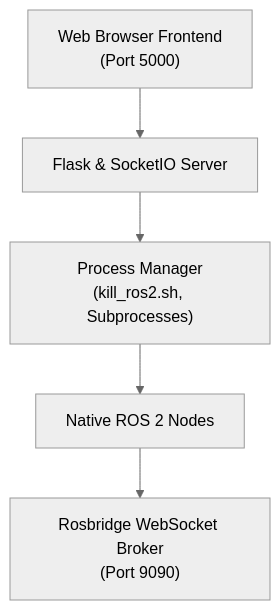
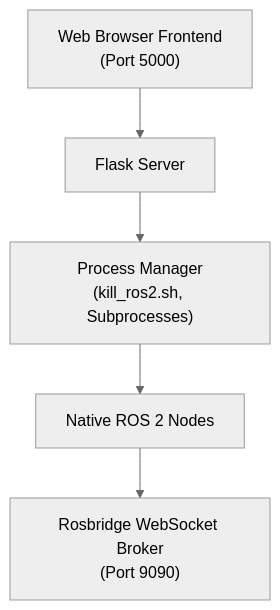
Before and after one commit to lu4k87/my_xarm_lite6-extended: the ninth of 9 diagrams in README.md, drawn with Mermaid (neutral theme). The commit also changed other lines of this file and 2 other files, not shown here.

````diff
--- a/README.md
+++ b/README.md
@@ -2573,7 +2656,7 @@
 ```mermaid
 flowchart TD
-    WEB["Web Browser Frontend<br/>(Port 5000)"] --> FLASK["Flask & SocketIO Server"]
+    WEB["Web Browser Frontend<br/>(Port 5000)"] --> FLASK["Flask Server"]
     FLASK --> PROC["Process Manager<br/>(kill_ros2.sh, Subprocesses)"]
     PROC --> ROS2["Native ROS 2 Nodes"]
     ROS2 --> ROSB["Rosbridge WebSocket Broker<br/>(Port 9090)"]
 ```
````
